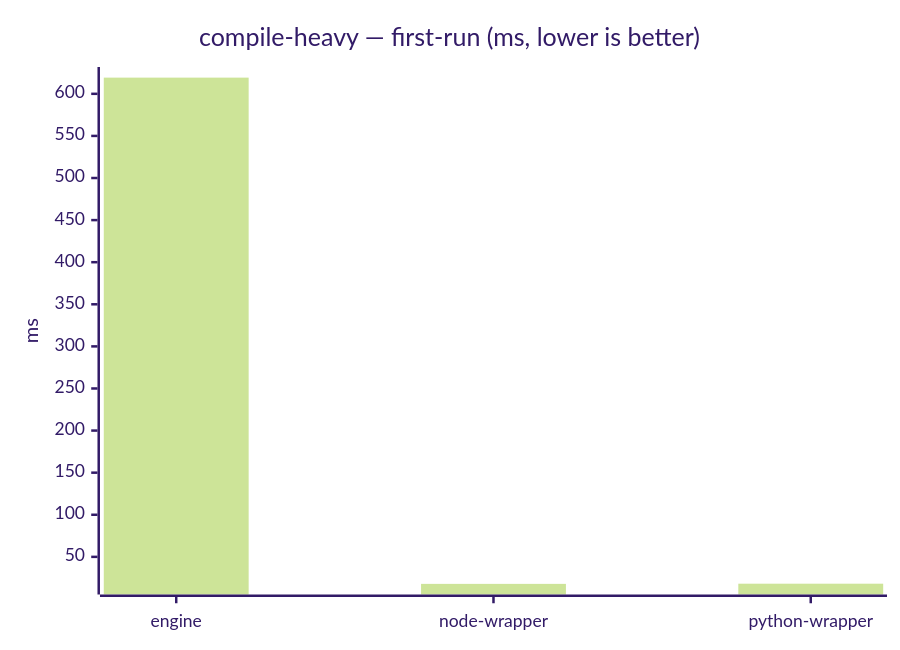
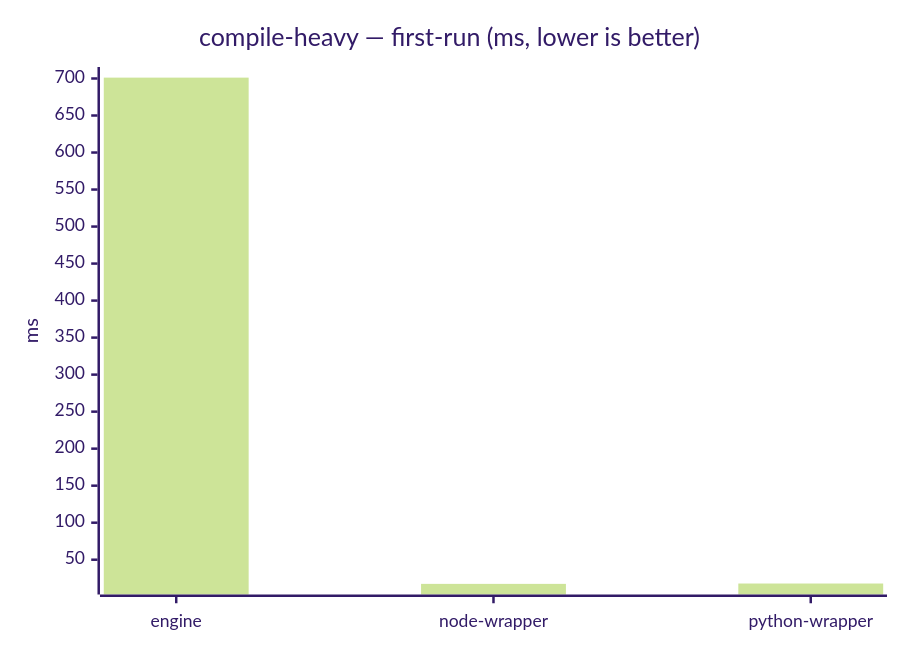
One commit to mulesoft/data-weave-cli changed diagram 14 of 23 in benchmarks/report/RESULTS.md. Above: the diagram before and after it, drawn with Mermaid (forest theme). The commit also changed other lines of this file, not shown here.

````diff
--- a/benchmarks/report/RESULTS.md
+++ b/benchmarks/report/RESULTS.md
@@ -160,7 +160,7 @@
 ```mermaid
 xychart-beta
     title "compile-heavy — first-run (ms, lower is better)"
     x-axis ["engine", "node-wrapper", "python-wrapper"]
     y-axis "ms"
-    bar [619.235, 17.909, 18.126]
+    bar [701.179, 17.36, 17.84]
 ```
````
